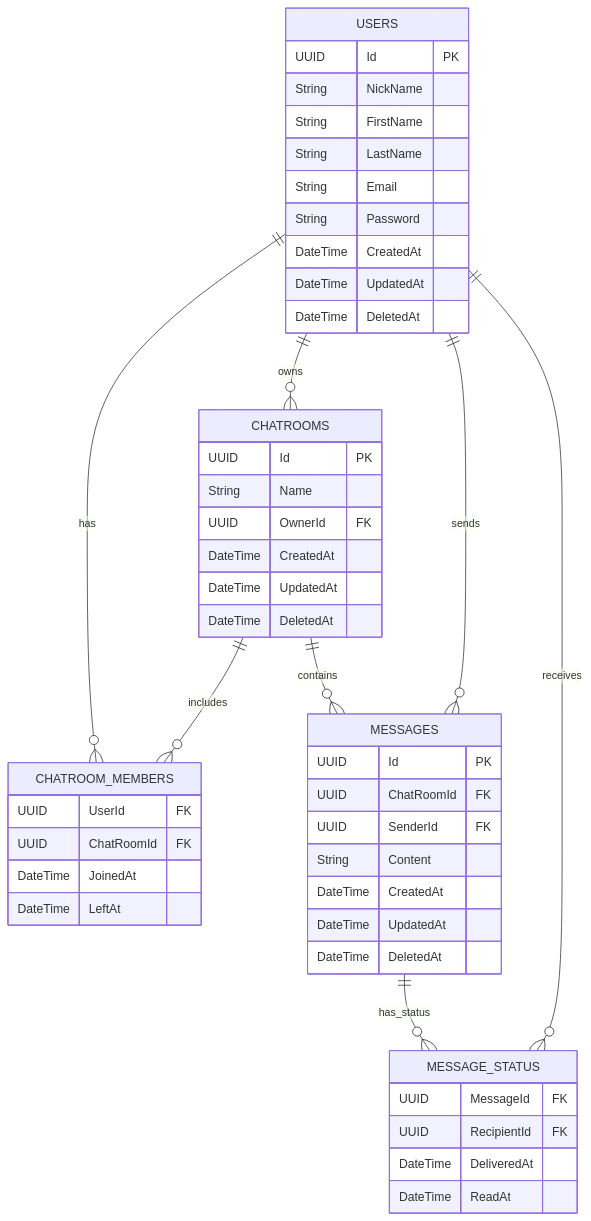
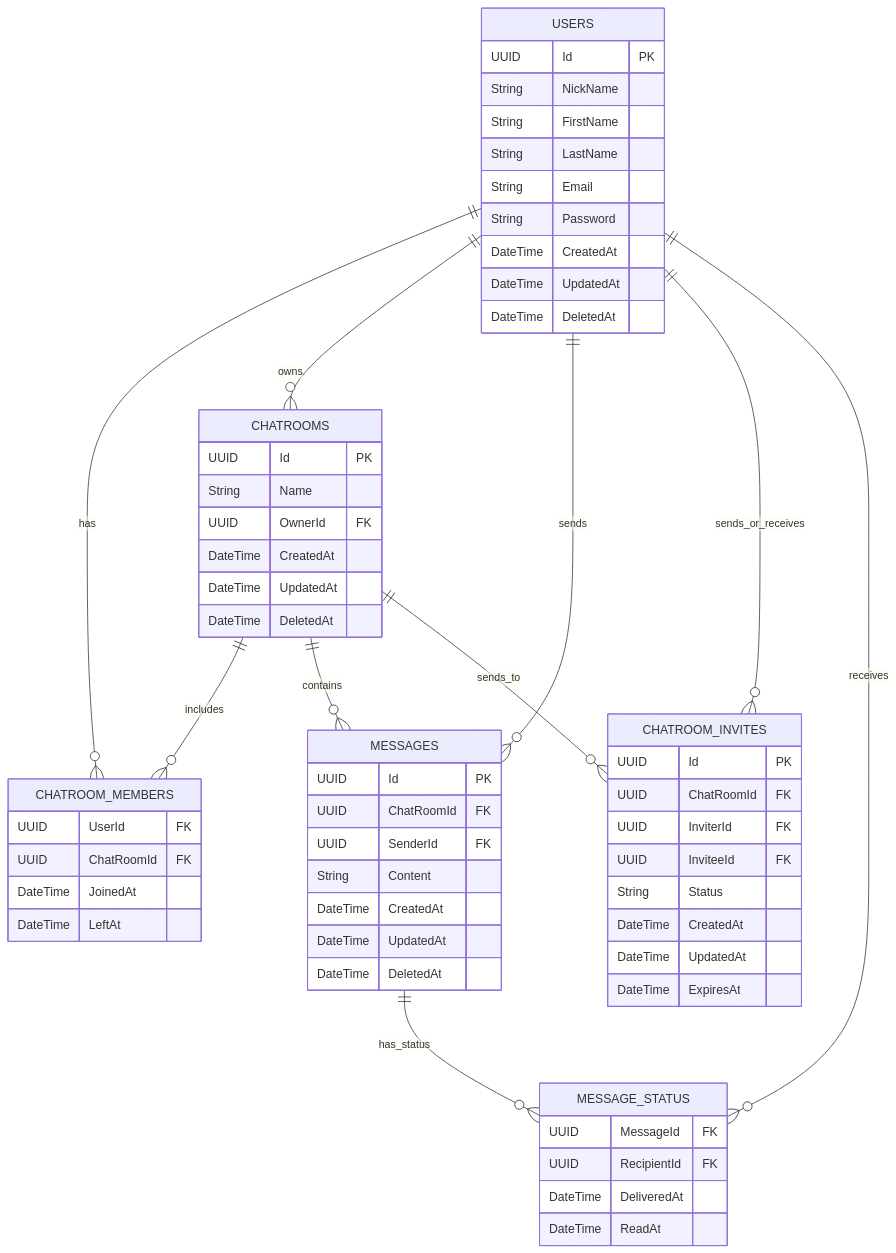
The second of 2 diagrams in PRD.md (Daffc/Chat_Manager), drawn with Mermaid before and after one commit. The commit also changed other lines of this file, not shown here.

````diff
--- a/PRD.md
+++ b/PRD.md
@@ -129,57 +155,70 @@
 ```mermaid
 erDiagram
     USERS ||--o{ CHATROOM_MEMBERS : has
     USERS ||--o{ CHATROOMS : owns
     USERS ||--o{ MESSAGES : sends
+    USERS ||--o{ CHATROOM_INVITES : sends_or_receives
 
     CHATROOMS ||--o{ CHATROOM_MEMBERS : includes
     CHATROOMS ||--o{ MESSAGES : contains
+    CHATROOMS ||--o{ CHATROOM_INVITES : sends_to
 
     USERS ||--o{ MESSAGE_STATUS : receives
     MESSAGES ||--o{ MESSAGE_STATUS : has_status
 
     USERS {
         UUID Id PK
         String NickName
         String FirstName
         String LastName
         String Email
         String Password
         DateTime CreatedAt
         DateTime UpdatedAt
         DateTime DeletedAt
     }
 
     CHATROOMS {
         UUID Id PK
         String Name
         UUID OwnerId FK
         DateTime CreatedAt
         DateTime UpdatedAt
         DateTime DeletedAt
     }
 
     CHATROOM_MEMBERS {
         UUID UserId FK
         UUID ChatRoomId FK
         DateTime JoinedAt
         DateTime LeftAt
     }
 
+    CHATROOM_INVITES {
+        UUID Id PK
+        UUID ChatRoomId FK
+        UUID InviterId FK
+        UUID InviteeId FK
+        String Status
+        DateTime CreatedAt
+        DateTime UpdatedAt
+        DateTime ExpiresAt
+    }
+
     MESSAGES {
         UUID Id PK
         UUID ChatRoomId FK
         UUID SenderId FK
         String Content
         DateTime CreatedAt
         DateTime UpdatedAt
         DateTime DeletedAt
     }
 
     MESSAGE_STATUS {
         UUID MessageId FK
         UUID RecipientId FK
         DateTime DeliveredAt
         DateTime ReadAt
     }
 ```
````
